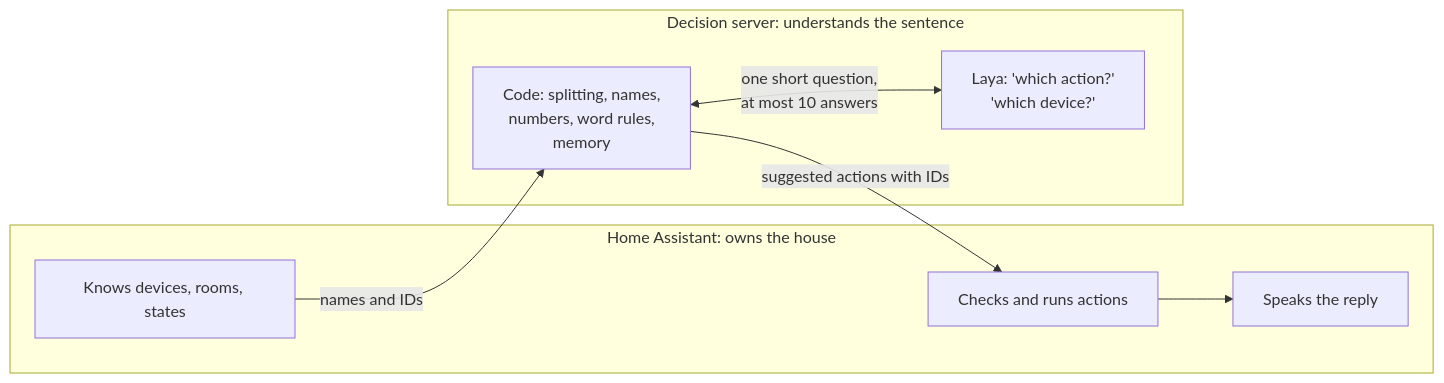
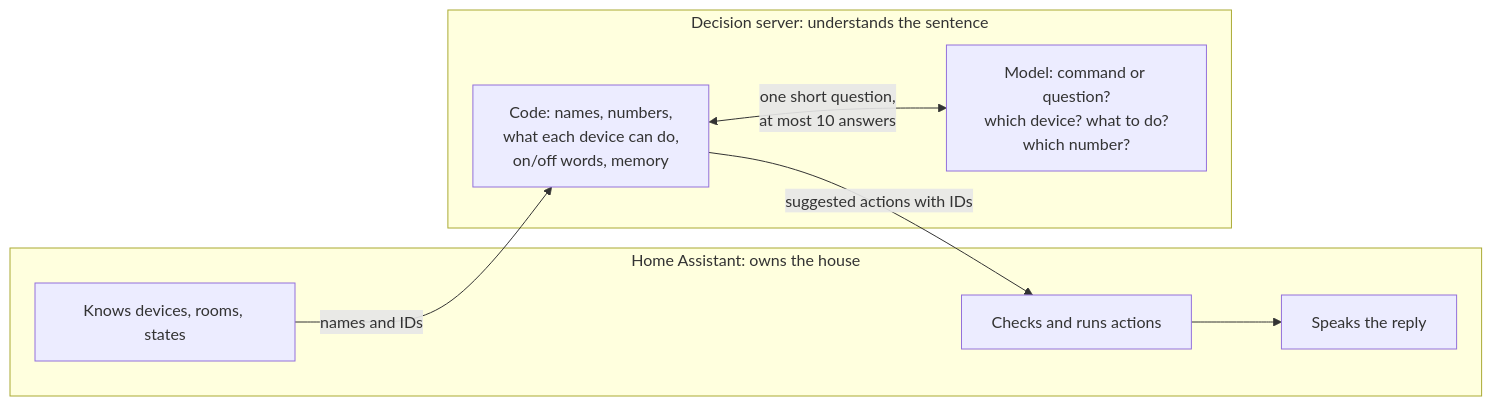
The fifth of 5 diagrams in HOW-IT-WORKS.md (d00kIe/assist-decider), drawn with Mermaid before and after one commit. The commit also changed other lines of this file and 15 other files, not shown here.

````diff
--- a/HOW-IT-WORKS.md
+++ b/HOW-IT-WORKS.md
@@ -459,16 +383,16 @@
 ```mermaid
 flowchart LR
     subgraph HA["Home Assistant: owns the house"]
         H1["Knows devices, rooms, states"]
         H2["Checks and runs actions"]
         H3["Speaks the reply"]
     end
     subgraph SRV["Decision server: understands the sentence"]
-        S1["Code: splitting, names,<br/>numbers, word rules,<br/>memory"]
-        S2["Laya: 'which action?'<br/>'which device?'"]
+        S1["Code: names, numbers,<br/>what each device can do,<br/>on/off words, memory"]
+        S2["Model: command or question?<br/>which device? what to do?<br/>which number?"]
     end
     H1 -- "names and IDs" --> S1
     S1 <-->|"one short question,<br/>at most 10 answers"| S2
     S1 -- "suggested actions with IDs" --> H2
     H2 --> H3
 ```
````
